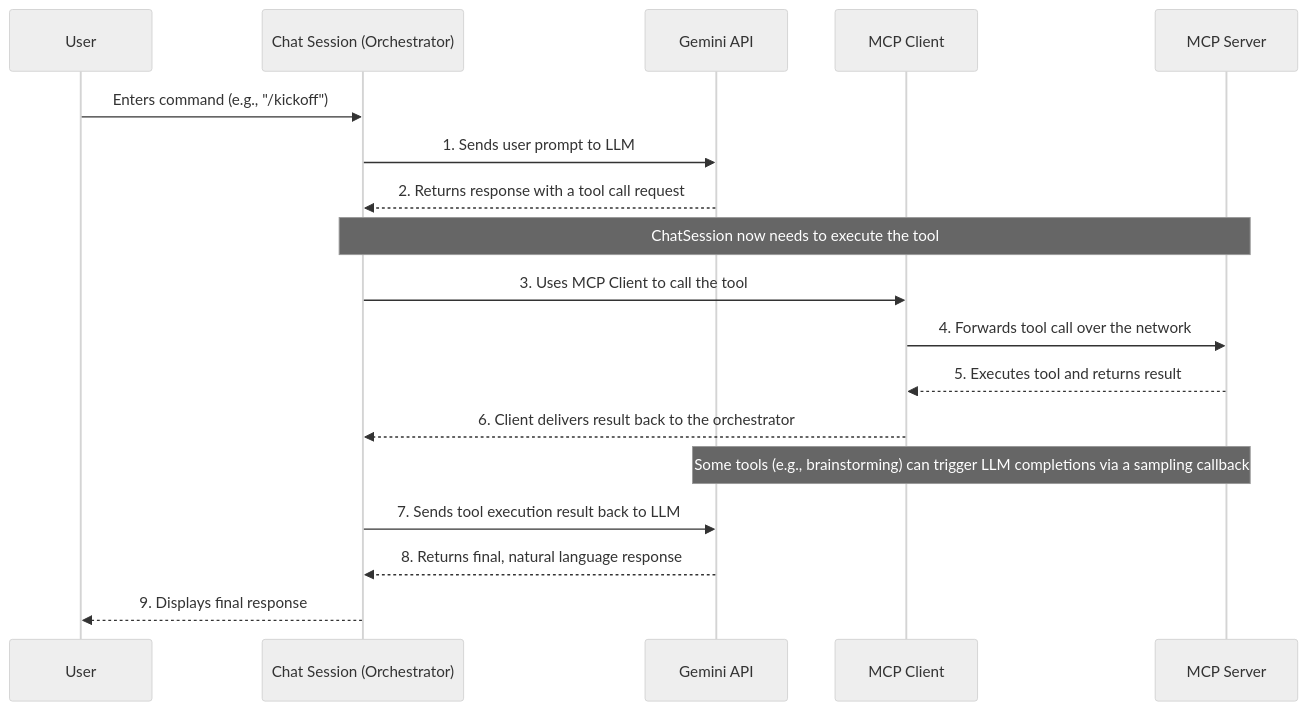
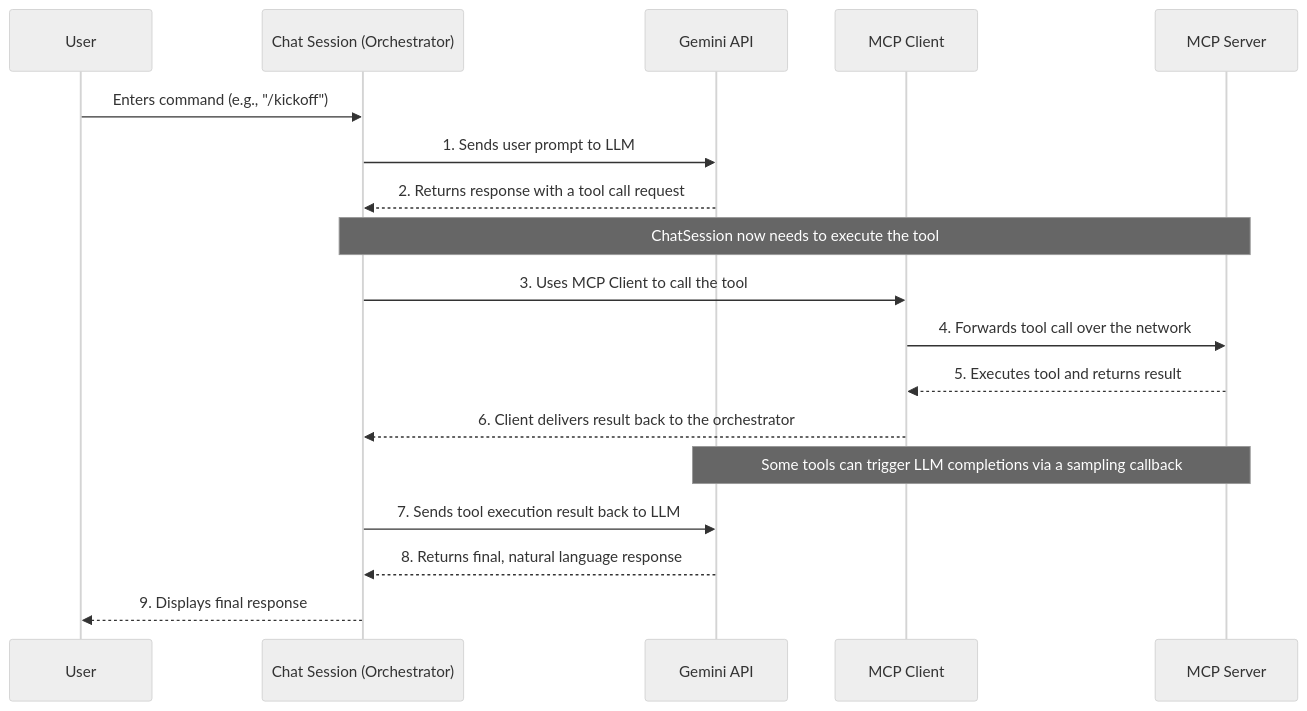
One commit to massimilianobotticelli/mcp-meeting-assistant changed the diagram in README.md. Above: the diagram before and after it, drawn with Mermaid (neutral theme).

Commit message:
:memo: improve readme

````diff
--- a/README.md
+++ b/README.md
@@ -91,26 +91,26 @@
 ```mermaid
 sequenceDiagram
     participant User
     participant ChatSession as Chat Session (Orchestrator)
     participant GeminiAPI as Gemini API
     participant MCPClient as MCP Client
     participant MCPServer as MCP Server
 
     User->>ChatSession: Enters command (e.g., "/kickoff")
     ChatSession->>GeminiAPI: 1. Sends user prompt to LLM
 
     GeminiAPI-->>ChatSession: 2. Returns response with a tool call request
     
     Note over ChatSession, MCPServer: ChatSession now needs to execute the tool
 
     ChatSession->>MCPClient: 3. Uses MCP Client to call the tool
     MCPClient->>MCPServer: 4. Forwards tool call over the network
     MCPServer-->>MCPClient: 5. Executes tool and returns result
     MCPClient-->>ChatSession: 6. Client delivers result back to the orchestrator
 
-    Note over MCPServer, GeminiAPI: Some tools (e.g., brainstorming) can trigger LLM completions via a sampling callback
+    Note over MCPServer, GeminiAPI: Some tools can trigger LLM completions via a sampling callback
 
     ChatSession->>GeminiAPI: 7. Sends tool execution result back to LLM
     GeminiAPI-->>ChatSession: 8. Returns final, natural language response
     ChatSession-->>User: 9. Displays final response
 ```
````
